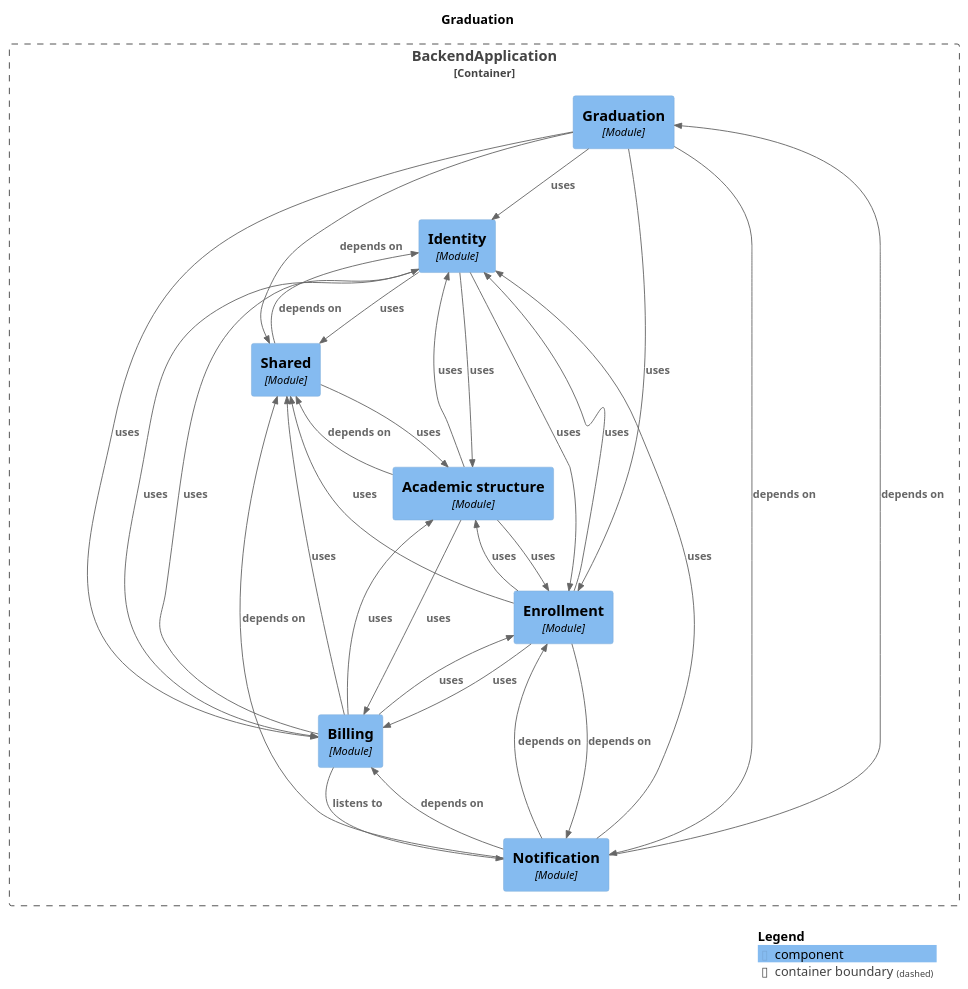
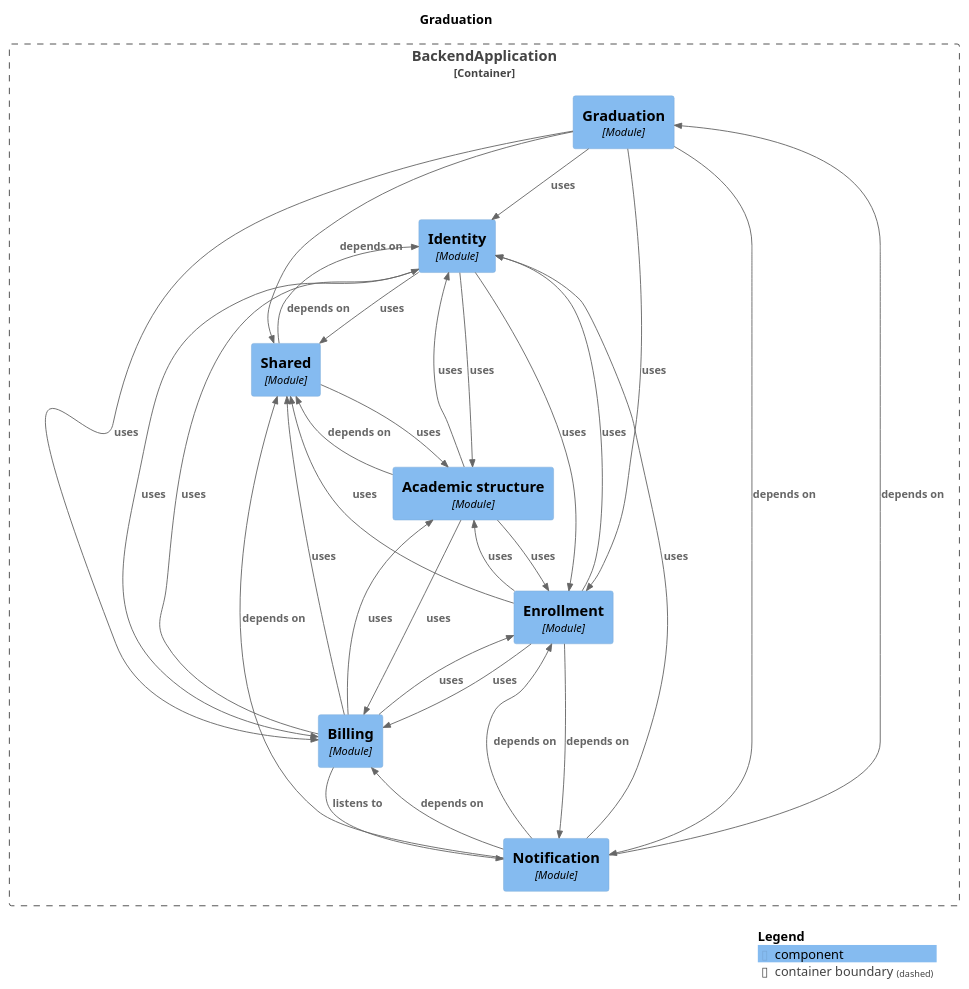
The diagram in docs/architecture/module-graduation.puml (Gabriel030/agustina-bermejo-app), drawn with PlantUML before and after one commit. The commit also changed other lines of this file and 14 other files, not shown here.

Commit message:
Refactor M0: docs de modulos solo con flag y deterministas; regla de inversion enrollment/billing (D-185)

```diff
--- a/docs/architecture/module-graduation.puml
+++ b/docs/architecture/module-graduation.puml
@@ -1,53 +1,53 @@
 @startuml
 set separator none
 title Graduation
 
 top to bottom direction
 
 !include <C4/C4>
 !include <C4/C4_Context>
 !include <C4/C4_Component>
 
 Container_Boundary("BackendApplication.BackendApplication_boundary", "BackendApplication", $tags="") {
   Component(BackendApplication.BackendApplication.Graduation, "Graduation", $techn="Module", $descr="", $tags="", $link="")
   Component(BackendApplication.BackendApplication.Identity, "Identity", $techn="Module", $descr="", $tags="", $link="")
   Component(BackendApplication.BackendApplication.Notification, "Notification", $techn="Module", $descr="", $tags="", $link="")
   Component(BackendApplication.BackendApplication.Shared, "Shared", $techn="Module", $descr="", $tags="", $link="")
   Component(BackendApplication.BackendApplication.Academicstructure, "Academic structure", $techn="Module", $descr="", $tags="", $link="")
   Component(BackendApplication.BackendApplication.Billing, "Billing", $techn="Module", $descr="", $tags="", $link="")
   Component(BackendApplication.BackendApplication.Enrollment, "Enrollment", $techn="Module", $descr="", $tags="", $link="")
 }
 
+Rel(BackendApplication.BackendApplication.Academicstructure, BackendApplication.BackendApplication.Billing, "uses", $techn="", $tags="", $link="")
+Rel(BackendApplication.BackendApplication.Academicstructure, BackendApplication.BackendApplication.Enrollment, "uses", $techn="", $tags="", $link="")
+Rel(BackendApplication.BackendApplication.Academicstructure, BackendApplication.BackendApplication.Identity, "uses", $techn="", $tags="", $link="")
+Rel(BackendApplication.BackendApplication.Academicstructure, BackendApplication.BackendApplication.Shared, "depends on", $techn="", $tags="", $link="")
+Rel(BackendApplication.BackendApplication.Billing, BackendApplication.BackendApplication.Academicstructure, "uses", $techn="", $tags="", $link="")
+Rel(BackendApplication.BackendApplication.Billing, BackendApplication.BackendApplication.Enrollment, "uses", $techn="", $tags="", $link="")
+Rel(BackendApplication.BackendApplication.Billing, BackendApplication.BackendApplication.Identity, "uses", $techn="", $tags="", $link="")
+Rel(BackendApplication.BackendApplication.Billing, BackendApplication.BackendApplication.Notification, "listens to", $techn="", $tags="", $link="")
+Rel(BackendApplication.BackendApplication.Billing, BackendApplication.BackendApplication.Shared, "uses", $techn="", $tags="", $link="")
 Rel(BackendApplication.BackendApplication.Enrollment, BackendApplication.BackendApplication.Academicstructure, "uses", $techn="", $tags="", $link="")
+Rel(BackendApplication.BackendApplication.Enrollment, BackendApplication.BackendApplication.Billing, "uses", $techn="", $tags="", $link="")
+Rel(BackendApplication.BackendApplication.Enrollment, BackendApplication.BackendApplication.Identity, "uses", $techn="", $tags="", $link="")
+Rel(BackendApplication.BackendApplication.Enrollment, BackendApplication.BackendApplication.Notification, "depends on", $techn="", $tags="", $link="")
 Rel(BackendApplication.BackendApplication.Enrollment, BackendApplication.BackendApplication.Shared, "uses", $techn="", $tags="", $link="")
+Rel(BackendApplication.BackendApplication.Graduation, BackendApplication.BackendApplication.Billing, "uses", $techn="", $tags="", $link="")
+Rel(BackendApplication.BackendApplication.Graduation, BackendApplication.BackendApplication.Enrollment, "uses", $techn="", $tags="", $link="")
+Rel(BackendApplication.BackendApplication.Graduation, BackendApplication.BackendApplication.Identity, "uses", $techn="", $tags="", $link="")
+Rel(BackendApplication.BackendApplication.Graduation, BackendApplication.BackendApplication.Notification, "depends on", $techn="", $tags="", $link="")
 Rel(BackendApplication.BackendApplication.Graduation, BackendApplication.BackendApplication.Shared, "depends on", $techn="", $tags="", $link="")
-Rel(BackendApplication.BackendApplication.Graduation, BackendApplication.BackendApplication.Notification, "depends on", $techn="", $tags="", $link="")
-Rel(BackendApplication.BackendApplication.Graduation, BackendApplication.BackendApplication.Identity, "uses", $techn="", $tags="", $link="")
-Rel(BackendApplication.BackendApplication.Graduation, BackendApplication.BackendApplication.Enrollment, "uses", $techn="", $tags="", $link="")
-Rel(BackendApplication.BackendApplication.Graduation, BackendApplication.BackendApplication.Billing, "uses", $techn="", $tags="", $link="")
-Rel(BackendApplication.BackendApplication.Academicstructure, BackendApplication.BackendApplication.Shared, "depends on", $techn="", $tags="", $link="")
-Rel(BackendApplication.BackendApplication.Academicstructure, BackendApplication.BackendApplication.Enrollment, "uses", $techn="", $tags="", $link="")
-Rel(BackendApplication.BackendApplication.Academicstructure, BackendApplication.BackendApplication.Billing, "uses", $techn="", $tags="", $link="")
-Rel(BackendApplication.BackendApplication.Academicstructure, BackendApplication.BackendApplication.Identity, "uses", $techn="", $tags="", $link="")
-Rel(BackendApplication.BackendApplication.Billing, BackendApplication.BackendApplication.Notification, "listens to", $techn="", $tags="", $link="")
-Rel(BackendApplication.BackendApplication.Billing, BackendApplication.BackendApplication.Identity, "uses", $techn="", $tags="", $link="")
-Rel(BackendApplication.BackendApplication.Billing, BackendApplication.BackendApplication.Enrollment, "uses", $techn="", $tags="", $link="")
-Rel(BackendApplication.BackendApplication.Billing, BackendApplication.BackendApplication.Shared, "uses", $techn="", $tags="", $link="")
-Rel(BackendApplication.BackendApplication.Billing, BackendApplication.BackendApplication.Academicstructure, "uses", $techn="", $tags="", $link="")
-Rel(BackendApplication.BackendApplication.Shared, BackendApplication.BackendApplication.Identity, "depends on", $techn="", $tags="", $link="")
-Rel(BackendApplication.BackendApplication.Shared, BackendApplication.BackendApplication.Academicstructure, "uses", $techn="", $tags="", $link="")
-Rel(BackendApplication.BackendApplication.Identity, BackendApplication.BackendApplication.Shared, "uses", $techn="", $tags="", $link="")
+Rel(BackendApplication.BackendApplication.Identity, BackendApplication.BackendApplication.Academicstructure, "uses", $techn="", $tags="", $link="")
 Rel(BackendApplication.BackendApplication.Identity, BackendApplication.BackendApplication.Billing, "uses", $techn="", $tags="", $link="")
 Rel(BackendApplication.BackendApplication.Identity, BackendApplication.BackendApplication.Enrollment, "uses", $techn="", $tags="", $link="")
-Rel(BackendApplication.BackendApplication.Identity, BackendApplication.BackendApplication.Academicstructure, "uses", $techn="", $tags="", $link="")
+Rel(BackendApplication.BackendApplication.Identity, BackendApplication.BackendApplication.Shared, "uses", $techn="", $tags="", $link="")
+Rel(BackendApplication.BackendApplication.Notification, BackendApplication.BackendApplication.Billing, "depends on", $techn="", $tags="", $link="")
 Rel(BackendApplication.BackendApplication.Notification, BackendApplication.BackendApplication.Enrollment, "depends on", $techn="", $tags="", $link="")
 Rel(BackendApplication.BackendApplication.Notification, BackendApplication.BackendApplication.Graduation, "depends on", $techn="", $tags="", $link="")
-Rel(BackendApplication.BackendApplication.Notification, BackendApplication.BackendApplication.Billing, "depends on", $techn="", $tags="", $link="")
+Rel(BackendApplication.BackendApplication.Notification, BackendApplication.BackendApplication.Identity, "uses", $techn="", $tags="", $link="")
 Rel(BackendApplication.BackendApplication.Notification, BackendApplication.BackendApplication.Shared, "depends on", $techn="", $tags="", $link="")
-Rel(BackendApplication.BackendApplication.Notification, BackendApplication.BackendApplication.Identity, "uses", $techn="", $tags="", $link="")
-Rel(BackendApplication.BackendApplication.Enrollment, BackendApplication.BackendApplication.Notification, "depends on", $techn="", $tags="", $link="")
-Rel(BackendApplication.BackendApplication.Enrollment, BackendApplication.BackendApplication.Billing, "uses", $techn="", $tags="", $link="")
-Rel(BackendApplication.BackendApplication.Enrollment, BackendApplication.BackendApplication.Identity, "uses", $techn="", $tags="", $link="")
+Rel(BackendApplication.BackendApplication.Shared, BackendApplication.BackendApplication.Academicstructure, "uses", $techn="", $tags="", $link="")
+Rel(BackendApplication.BackendApplication.Shared, BackendApplication.BackendApplication.Identity, "depends on", $techn="", $tags="", $link="")
 
 SHOW_LEGEND(true)
 @enduml
```
